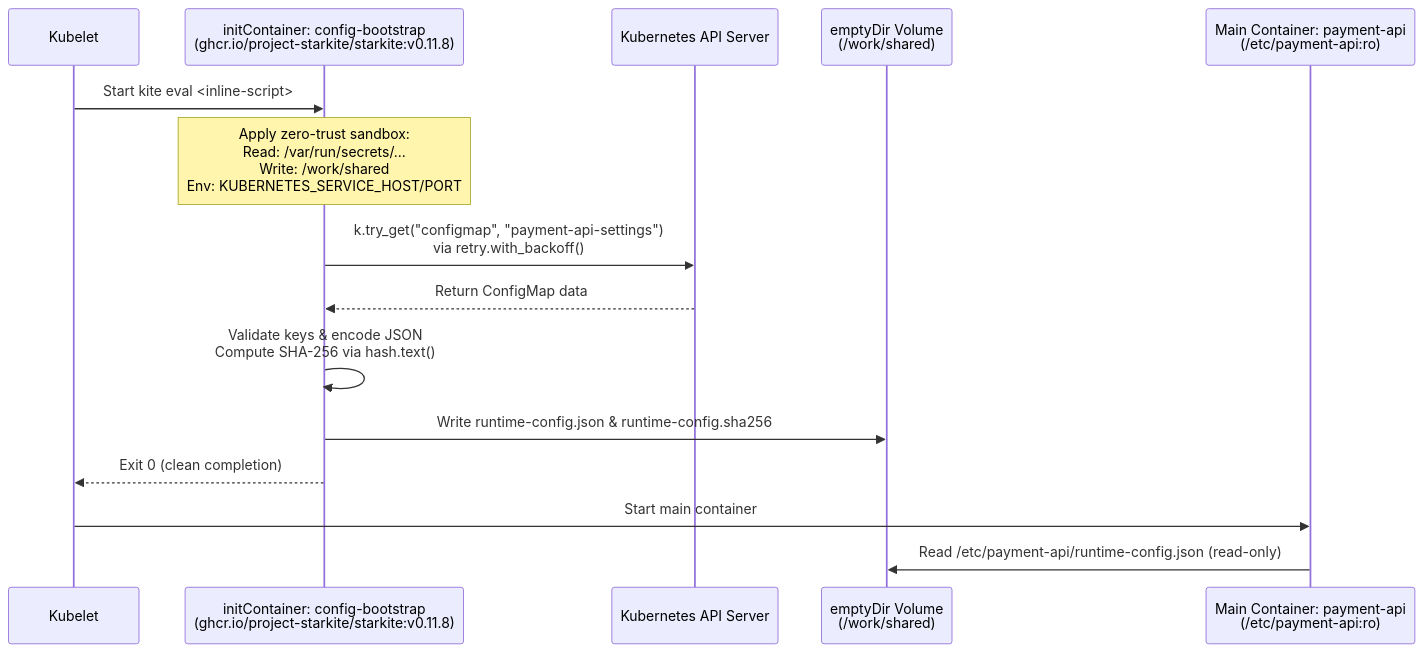
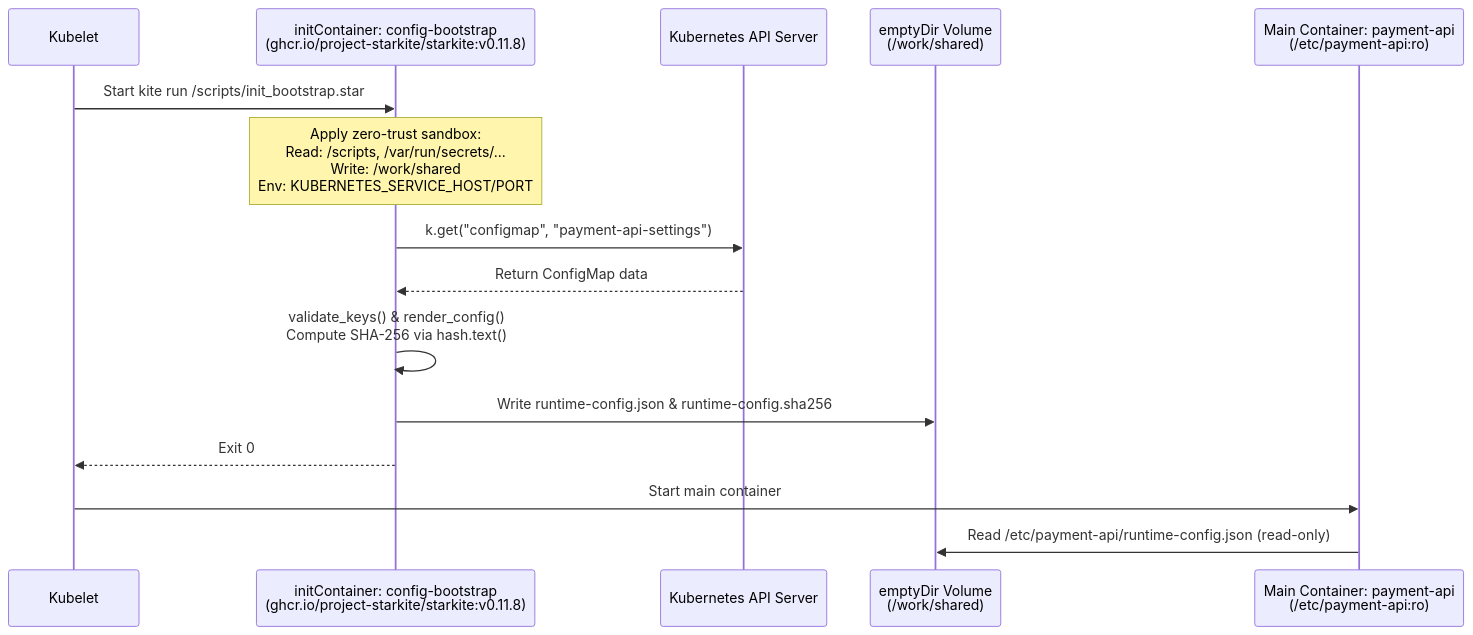
The diagram in k8s/init-cluster/README.md (project-starkite/starkite-tutorials), drawn with Mermaid before and after one commit. The commit also changed other lines of this file and 7 other files, not shown here.

First line of the commit message:
refactor(k8s): simplify init-cluster setup with standalone script and manifest.star

````diff
--- a/k8s/init-cluster/README.md
+++ b/k8s/init-cluster/README.md
@@ -97,18 +79,18 @@
 ```mermaid
 sequenceDiagram
     participant Kubelet as Kubelet
     participant Init as initContainer: config-bootstrap<br/>(ghcr.io/project-starkite/starkite:v0.11.8)
     participant API as Kubernetes API Server
     participant Vol as emptyDir Volume<br/>(/work/shared)
     participant App as Main Container: payment-api<br/>(/etc/payment-api:ro)
 
-    Kubelet->>Init: Start kite eval <inline-script>
-    Note over Init: Apply zero-trust sandbox:<br/>Read: /var/run/secrets/...<br/>Write: /work/shared<br/>Env: KUBERNETES_SERVICE_HOST/PORT
-    Init->>API: k.try_get("configmap", "payment-api-settings")<br/>via retry.with_backoff()
+    Kubelet->>Init: Start kite run /scripts/init_bootstrap.star
+    Note over Init: Apply zero-trust sandbox:<br/>Read: /scripts, /var/run/secrets/...<br/>Write: /work/shared<br/>Env: KUBERNETES_SERVICE_HOST/PORT
+    Init->>API: k.get("configmap", "payment-api-settings")
     API-->>Init: Return ConfigMap data
-    Init->>Init: Validate keys & encode JSON<br/>Compute SHA-256 via hash.text()
+    Init->>Init: validate_keys() & render_config()<br/>Compute SHA-256 via hash.text()
     Init->>Vol: Write runtime-config.json & runtime-config.sha256
-    Init-->>Kubelet: Exit 0 (clean completion)
+    Init-->>Kubelet: Exit 0
     Kubelet->>App: Start main container
     App->>Vol: Read /etc/payment-api/runtime-config.json (read-only)
 ```
````
